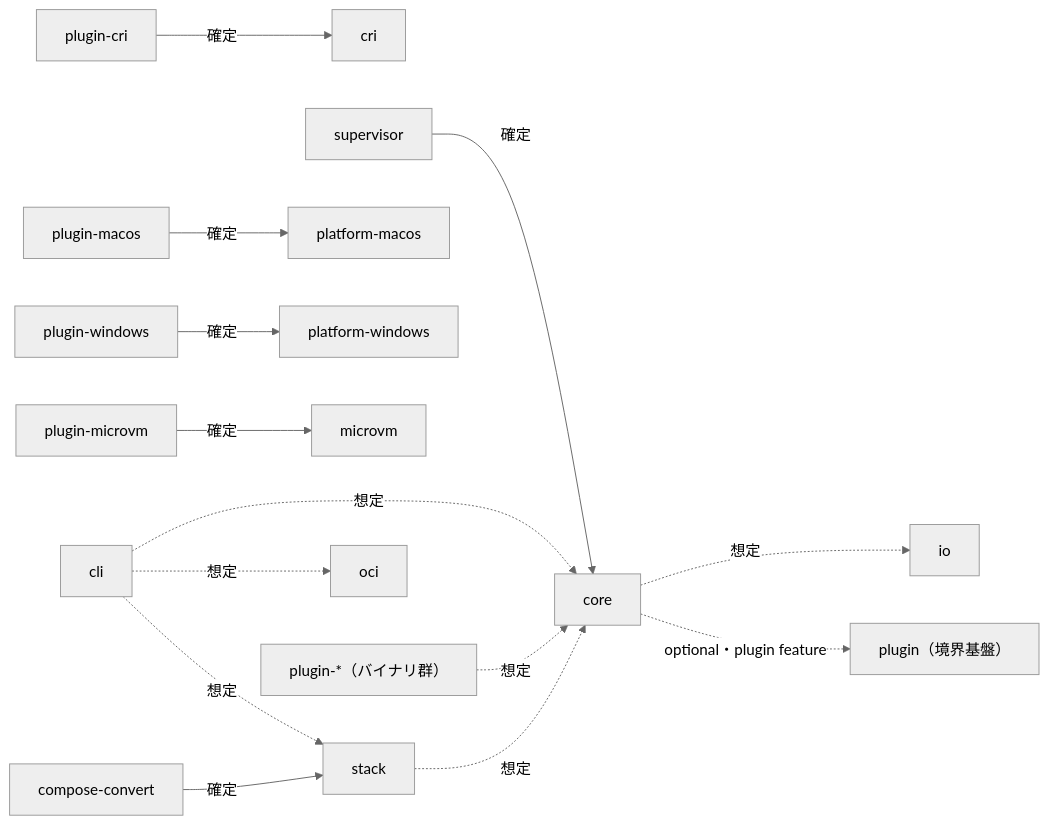
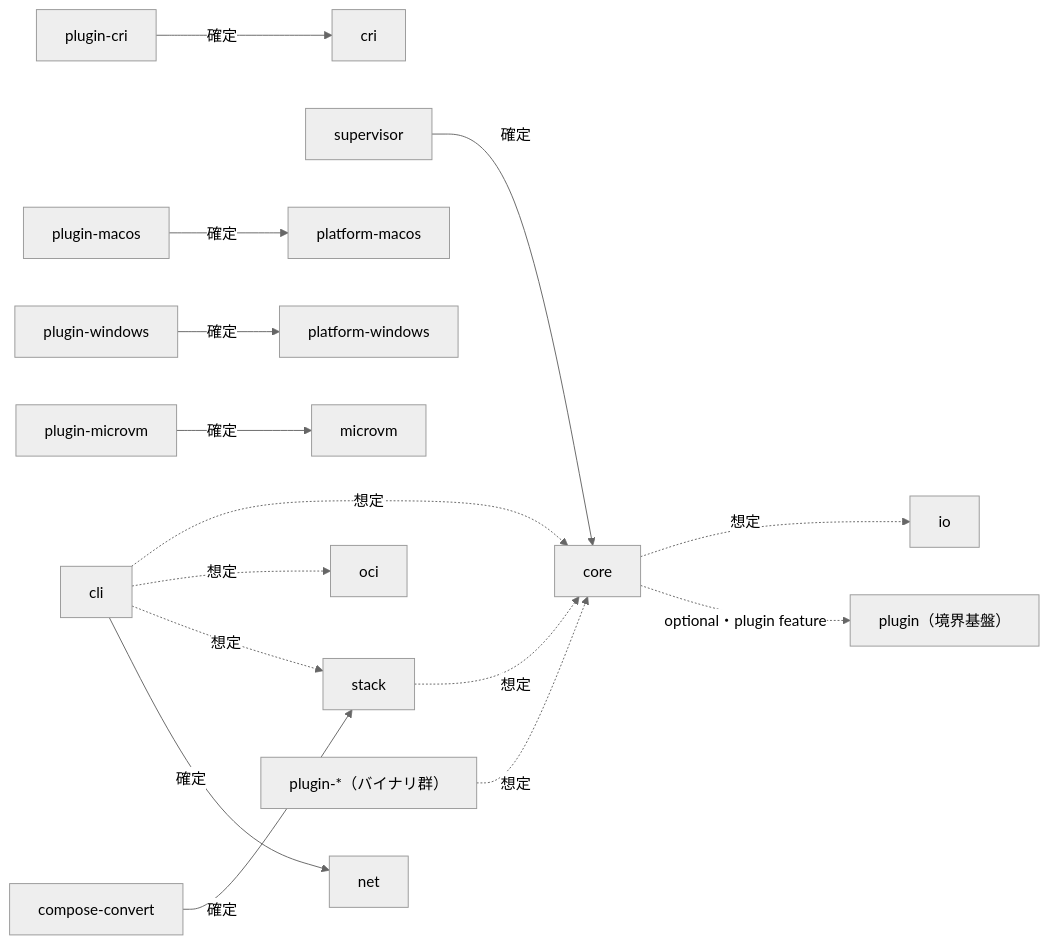
One commit to Fandhe-AI/fandhe-container changed the second of 2 diagrams in docs/architecture.md. Above: the diagram before and after it, drawn with Mermaid (neutral theme). The commit also changed other lines of this file and 11 other files, not shown here.

````diff
--- a/docs/architecture.md
+++ b/docs/architecture.md
@@ -130,17 +130,18 @@
 ```mermaid
 flowchart LR
     compose_convert["compose-convert"] -->|確定| stack
     supervisor -->|確定| core
     plugin_cri["plugin-cri"] -->|確定| cri
     plugin_macos["plugin-macos"] -->|確定| platform_macos["platform-macos"]
     plugin_windows["plugin-windows"] -->|確定| platform_windows["platform-windows"]
     plugin_microvm["plugin-microvm"] -->|確定| microvm
 
     core -.->|想定| io
     cli -.->|想定| core
     cli -.->|想定| oci
     cli -.->|想定| stack
+    cli -->|確定| net
     plugin_star["plugin-*（バイナリ群）"] -.->|想定| core
     core -.->|optional・plugin feature| plugin["plugin（境界基盤）"]
     stack -.->|想定| core
 ```
````
